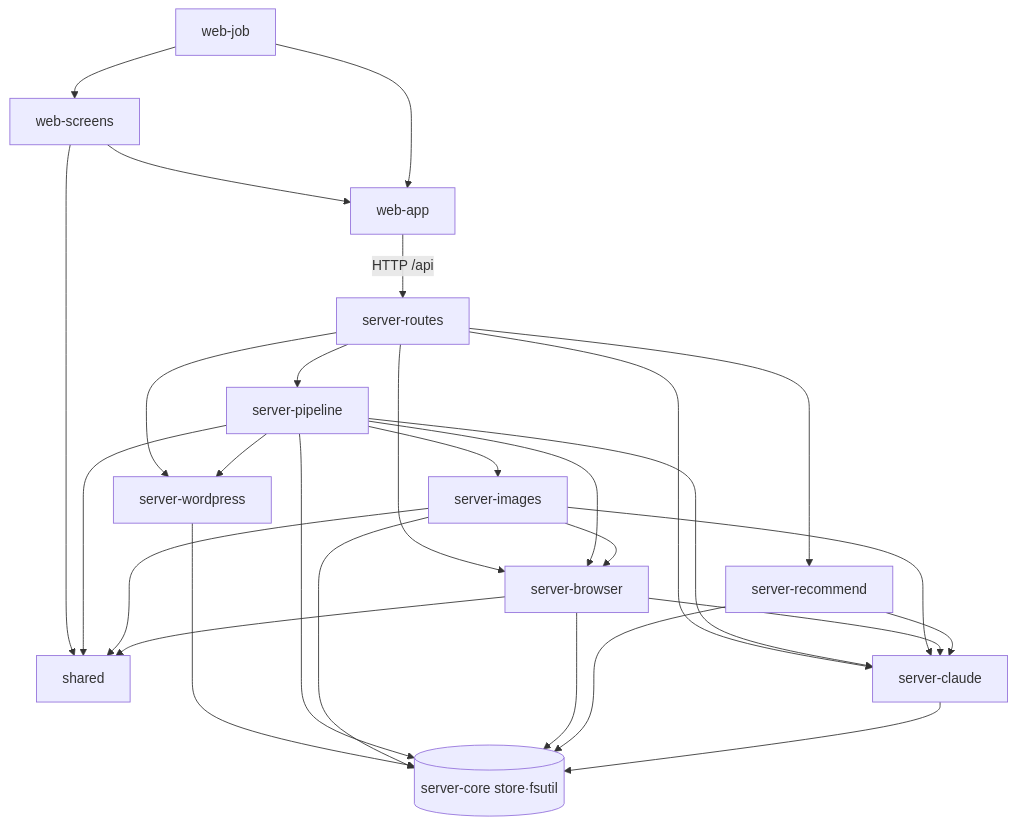
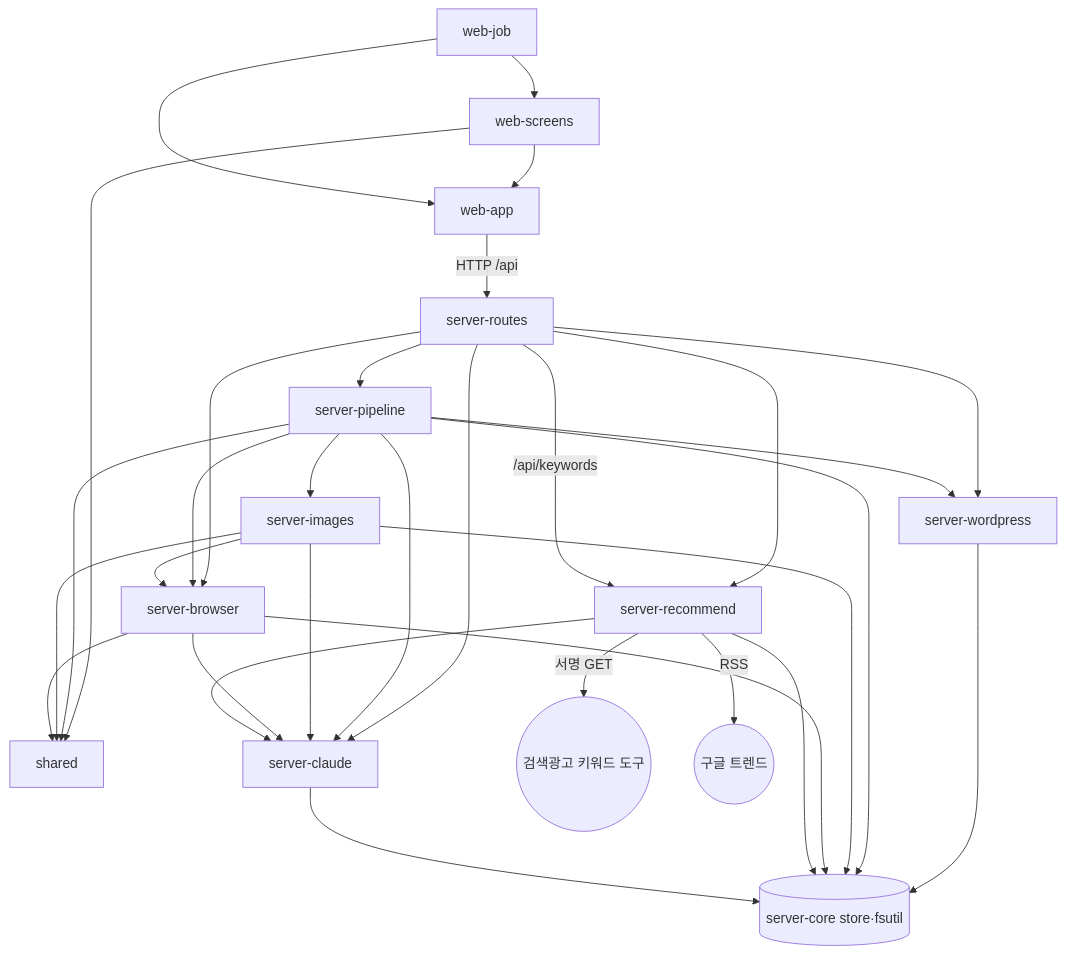
One commit to beekei-god/blog-writer changed the diagram in vault/wiki/_system/architecture.md. Above: the diagram before and after it, drawn with Mermaid. The commit also changed other lines of this file and 79 other files, not shown here.

````diff
--- a/vault/wiki/_system/architecture.md
+++ b/vault/wiki/_system/architecture.md
@@ -42,30 +43,33 @@
 ```mermaid
 flowchart TD
   webjob[web-job] --> webscreens[web-screens]
   webscreens --> webapp[web-app]
   webjob --> webapp
   webapp -->|HTTP /api| routes[server-routes]
   webscreens --> shared
   routes --> pipeline[server-pipeline]
   routes --> recommend[server-recommend]
   routes --> claudeM[server-claude]
   routes --> browser[server-browser]
   routes --> wordpress[server-wordpress]
   pipeline --> wordpress
   wordpress --> store
   pipeline --> images[server-images]
   pipeline --> browser
   pipeline --> claudeM
   images --> claudeM
   images --> browser
   browser --> claudeM
   recommend --> claudeM
   pipeline --> store[(server-core store·fsutil)]
   images --> store
   browser --> store
   recommend --> store
+  routes -->|/api/keywords| recommend
+  recommend -->|서명 GET| searchad((검색광고 키워드 도구))
+  recommend -->|RSS| gtrends((구글 트렌드))
   claudeM --> store
   pipeline --> shared
   images --> shared
   browser --> shared
 ```
````
